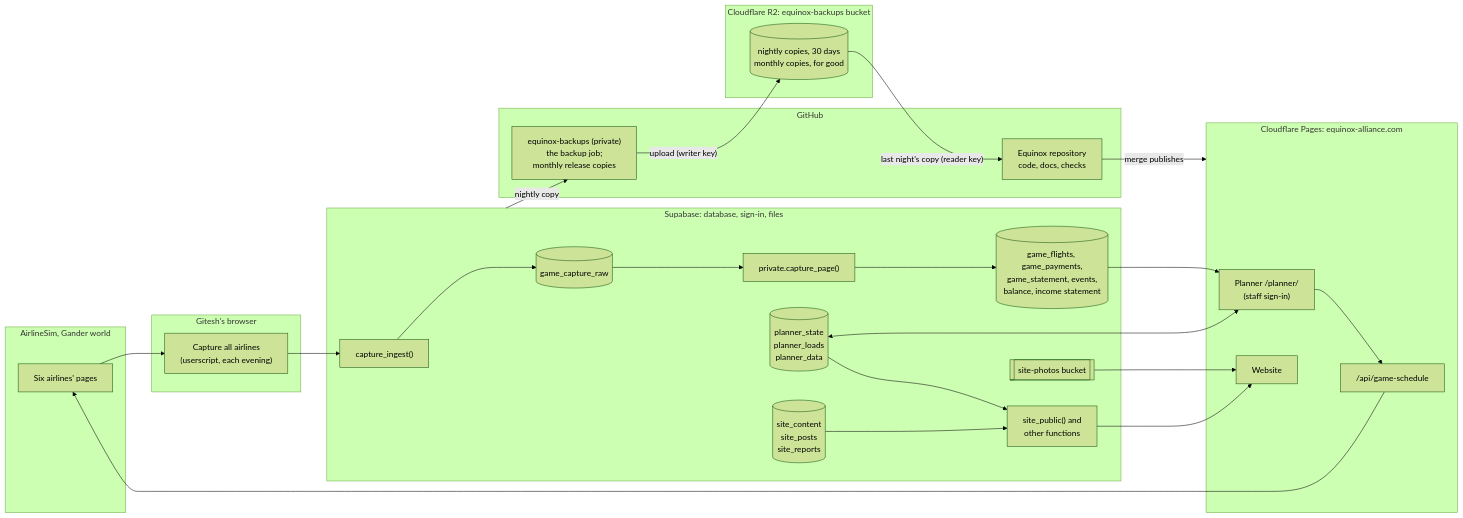
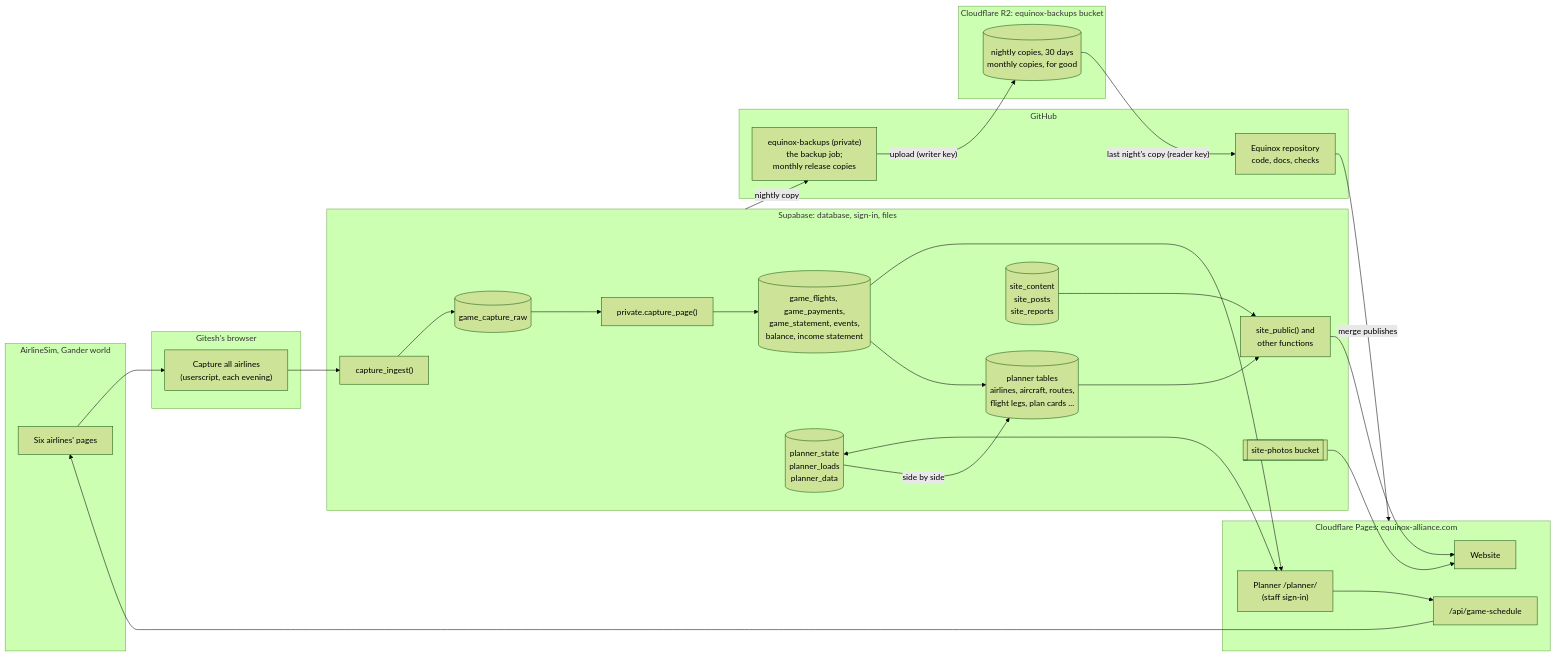
The diagram in docs/architecture.md (GiteshJain/Equinox), drawn with Mermaid (forest theme) before and after one commit. The commit also changed other lines of this file and 14 other files, not shown here.

````diff
--- a/docs/architecture.md
+++ b/docs/architecture.md
@@ -7,40 +7,43 @@
 ```mermaid
 flowchart LR
   subgraph Game["AirlineSim, Gander world"]
     G[Six airlines' pages]
   end
   subgraph Gitesh["Gitesh's browser"]
     C["Capture all airlines<br/>(userscript, each evening)"]
   end
   subgraph Supabase["Supabase: database, sign-in, files"]
     I["capture_ingest()"] --> R[(game_capture_raw)] --> P["private.capture_page()"] --> T[("game_flights, game_payments,<br/>game_statement, events,<br/>balance, income statement")]
     PS[(planner_state<br/>planner_loads<br/>planner_data)]
+    PT[("planner tables<br/>airlines, aircraft, routes,<br/>flight legs, plan cards ...")]
     S[(site_content<br/>site_posts<br/>site_reports)]
     F["site_public() and<br/>other functions"]
     B[[site-photos bucket]]
   end
   subgraph Cloudflare["Cloudflare Pages: equinox-alliance.com"]
     W[Website]
     PL["Planner /planner/<br/>(staff sign-in)"]
     GS["/api/game-schedule"]
   end
   subgraph GitHub
     E["Equinox repository<br/>code, docs, checks"]
     BK["equinox-backups (private)<br/>the backup job;<br/>monthly release copies"]
   end
   subgraph R2["Cloudflare R2: equinox-backups bucket"]
     RB[("nightly copies, 30 days<br/>monthly copies, for good")]
   end
   G --> C --> I
   T --> PL
   PS <--> PL
-  PS --> F
+  PS -- "side by side" --> PT
+  T --> PT
+  PT --> F
   S --> F --> W
   B --> W
   GS --> G
   PL --> GS
   E -- "merge publishes" --> Cloudflare
   Supabase -- "nightly copy" --> BK
   BK -- "upload (writer key)" --> RB
   RB -- "last night's copy (reader key)" --> E
 ```
````
